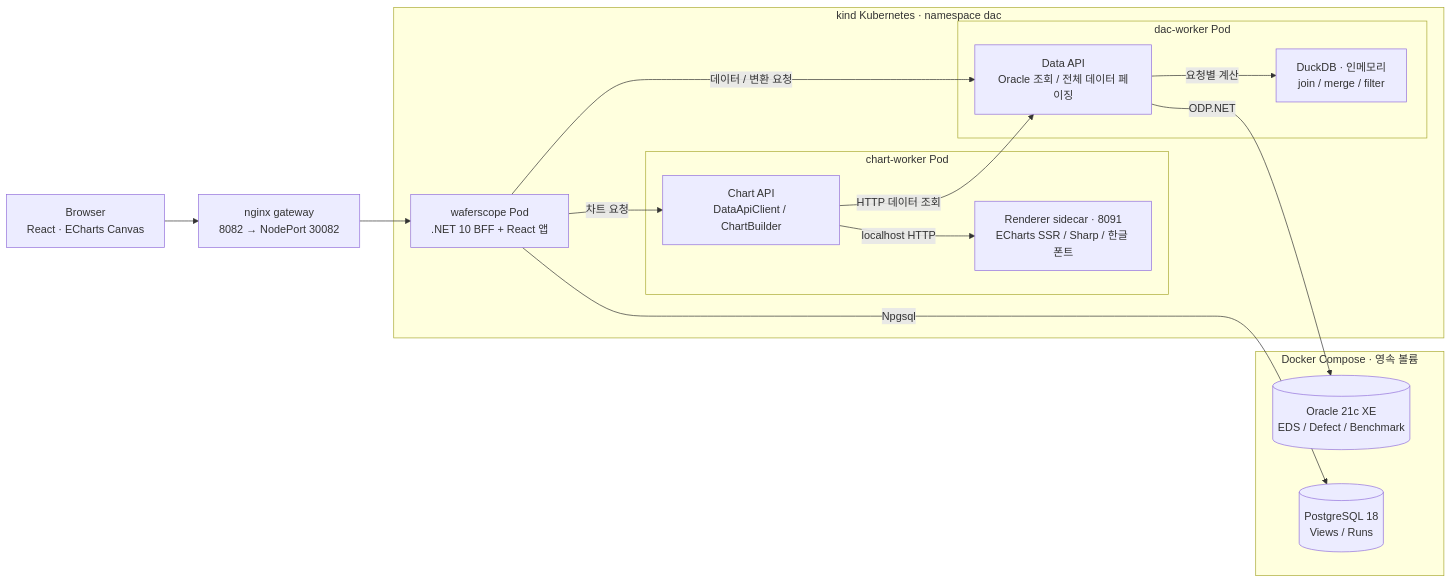
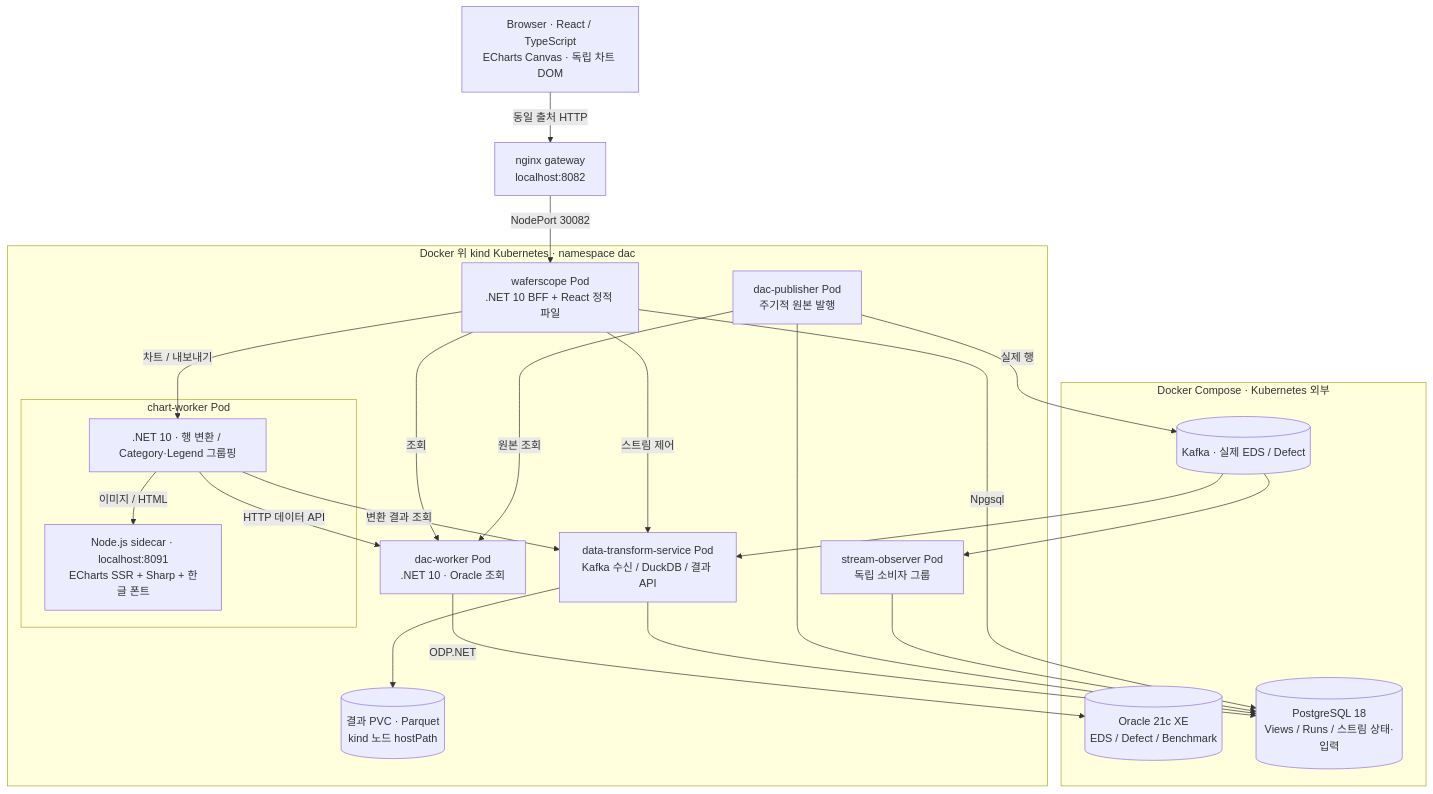
The first of 4 diagrams in docs/architecture.md (amuro33/dac-duckdb), drawn with Mermaid before and after one commit. The commit also changed other lines of this file and 63 other files, not shown here.

First line of the commit message:
Separate DuckDB transforms and deliver actual datasets through Kafka

````diff
--- a/docs/architecture.md
+++ b/docs/architecture.md
@@ -7,28 +9,40 @@
 ```mermaid
-flowchart LR
-  user["Browser<br/>React · ECharts Canvas"]
-  gateway["nginx gateway<br/>8082 → NodePort 30082"]
-  subgraph kind["kind Kubernetes · namespace dac"]
-    bff["waferscope Pod<br/>.NET 10 BFF + React 앱"]
-    subgraph cp["chart-worker Pod"]
-      chart["Chart API<br/>DataApiClient / ChartBuilder"]
-      render["Renderer sidecar · 8091<br/>ECharts SSR / Sharp / 한글 폰트"]
-    end
-    subgraph dp["dac-worker Pod"]
-      dac["Data API<br/>Oracle 조회 / 전체 데이터 페이징"]
-      duck["DuckDB · 인메모리<br/>join / merge / filter"]
+flowchart TB
+  browser["Browser · React / TypeScript<br/>ECharts Canvas · 독립 차트 DOM"]
+  gateway["nginx gateway<br/>localhost:8082"]
+  subgraph cluster["Docker 위 kind Kubernetes · namespace dac"]
+    portal["waferscope Pod<br/>.NET 10 BFF + React 정적 파일"]
+    dac["dac-worker Pod<br/>.NET 10 · Oracle 조회"]
+    transform["data-transform-service Pod<br/>Kafka 수신 / DuckDB / 결과 API"]
+    publisher["dac-publisher Pod<br/>주기적 원본 발행"]
+    result[("결과 PVC · Parquet<br/>kind 노드 hostPath")]
+    observer["stream-observer Pod<br/>독립 소비자 그룹"]
+    subgraph chartpod["chart-worker Pod"]
+      chart[".NET 10 · 행 변환 / Category·Legend 그룹핑"]
+      renderer["Node.js sidecar · localhost:8091<br/>ECharts SSR + Sharp + 한글 폰트"]
     end
   end
-  subgraph compose["Docker Compose · 영속 볼륨"]
+  subgraph databases["Docker Compose · Kubernetes 외부"]
     oracle[("Oracle 21c XE<br/>EDS / Defect / Benchmark")]
-    pg[("PostgreSQL 18<br/>Views / Runs")]
+    postgres[("PostgreSQL 18<br/>Views / Runs / 스트림 상태·입력")]
+    kafka[("Kafka · 실제 EDS / Defect")]
   end
-  user --> gateway --> bff
-  bff -->|"차트 요청"| chart
-  bff -->|"데이터 / 변환 요청"| dac
-  chart -->|"HTTP 데이터 조회"| dac
-  chart -->|"localhost HTTP"| render
-  dac -->|"요청별 계산"| duck
+  browser -->|"동일 출처 HTTP"| gateway
+  gateway -->|"NodePort 30082"| portal
+  portal -->|"조회"| dac
+  portal -->|"스트림 제어"| transform
+  publisher -->|"원본 조회"| dac
+  publisher -->|"실제 행"| kafka
+  kafka --> transform
+  kafka --> observer
+  transform --> postgres
+  transform --> result
+  publisher --> postgres
+  observer --> postgres
+  chart -->|"변환 결과 조회"| transform
+  portal -->|"차트 / 내보내기"| chart
+  chart -->|"HTTP 데이터 API"| dac
+  chart -->|"이미지 / HTML"| renderer
   dac -->|"ODP.NET"| oracle
-  bff -->|"Npgsql"| pg
+  portal -->|"Npgsql"| postgres
 ```
````
